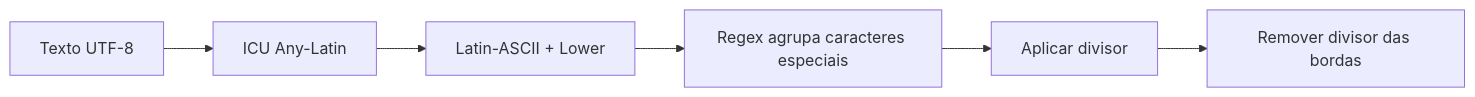
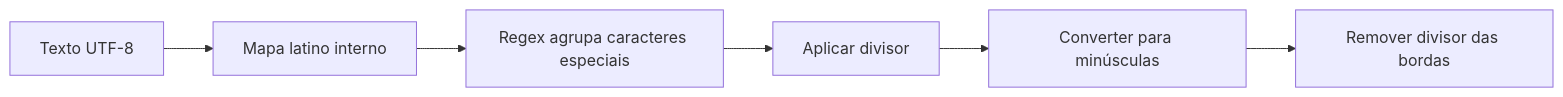
Before and after one commit to omegaalfa/Utils: the diagram in src/Str/README.md, drawn with Mermaid. The commit also changed other lines of this file and 17 other files, not shown here.

````diff
--- a/src/Str/README.md
+++ b/src/Str/README.md
@@ -118,8 +118,8 @@
 ```mermaid
 flowchart LR
-    A[Texto UTF-8] --> B[ICU Any-Latin]
-    B --> C[Latin-ASCII + Lower]
-    C --> D[Regex agrupa caracteres especiais]
-    D --> E[Aplicar divisor]
+    A[Texto UTF-8] --> B[Mapa latino interno]
+    B --> C[Regex agrupa caracteres especiais]
+    C --> D[Aplicar divisor]
+    D --> E[Converter para minúsculas]
     E --> F[Remover divisor das bordas]
 ```
````
